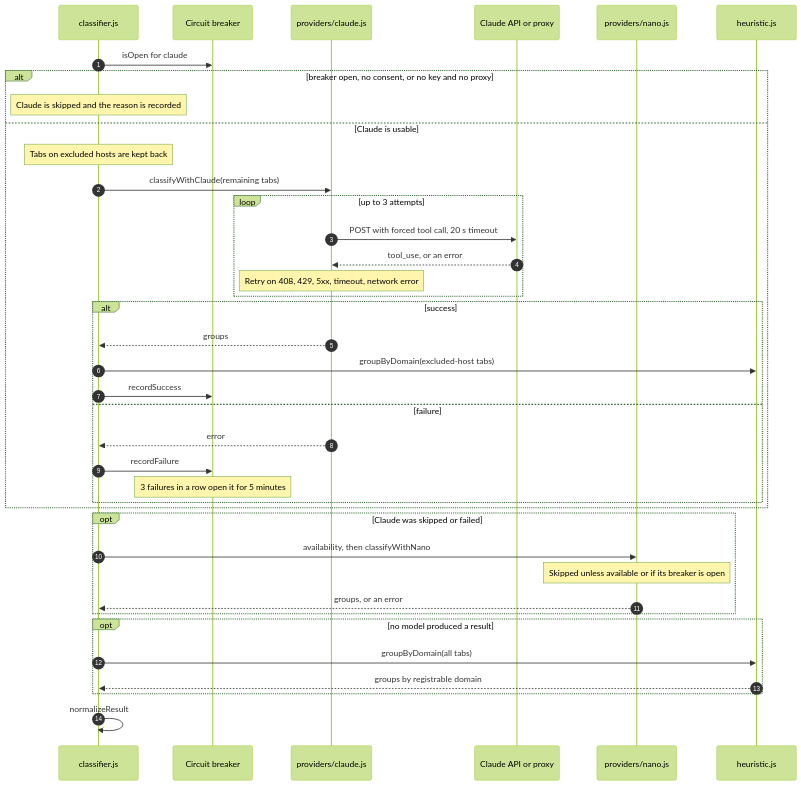
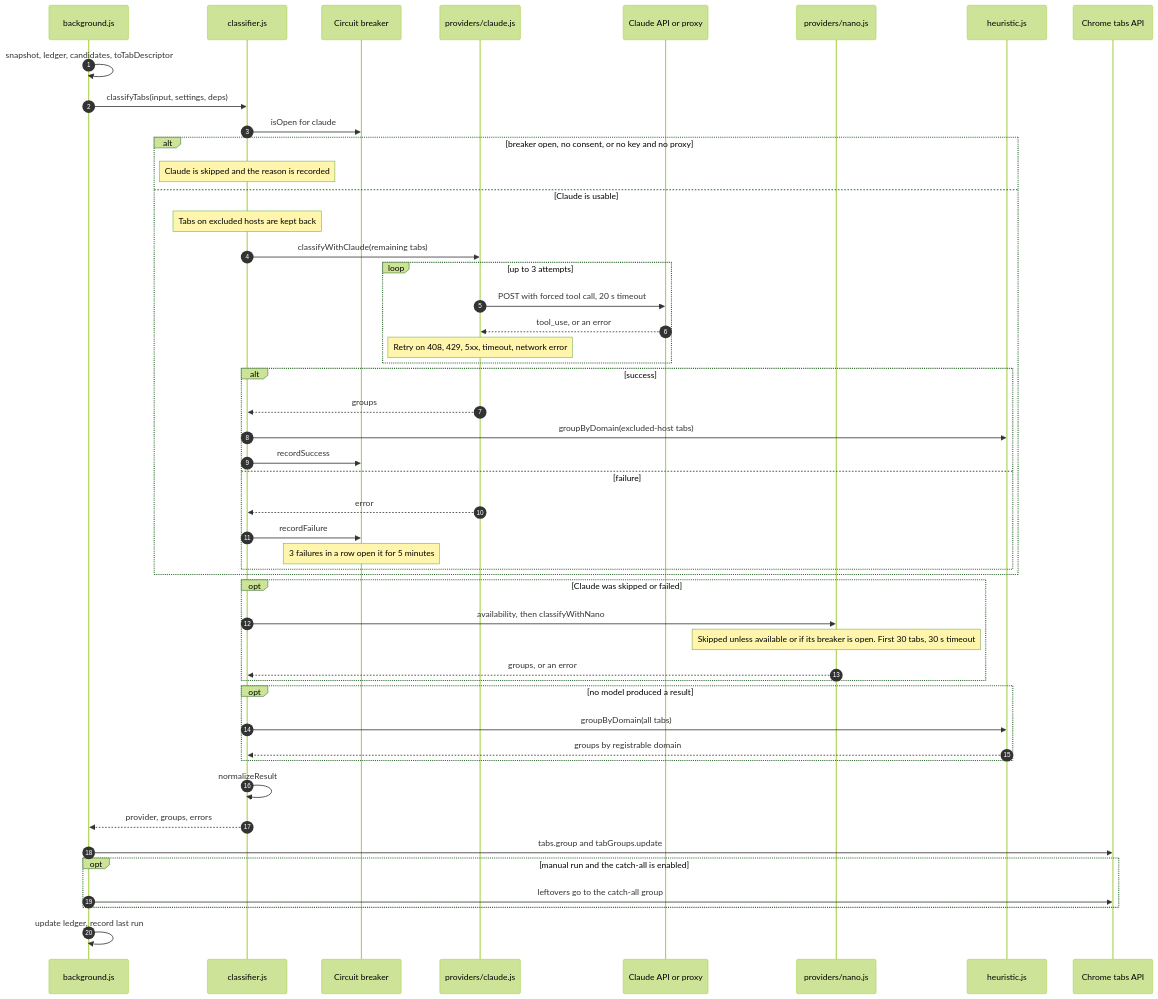
The eighth of 12 diagrams in docs/DIAGRAMS.md (andreshma/ai-tab-grouper), drawn with Mermaid (forest theme) before and after one commit. The commit also changed other lines of this file and 25 other files, not shown here.

````diff
--- a/docs/DIAGRAMS.md
+++ b/docs/DIAGRAMS.md
@@ -116,42 +263,52 @@
 ```mermaid
 sequenceDiagram
     autonumber
+    participant BG as background.js
     participant CL as classifier.js
     participant BR as Circuit breaker
     participant PC as providers/claude.js
     participant API as Claude API or proxy
     participant PN as providers/nano.js
     participant HE as heuristic.js
+    participant CH as Chrome tabs API
 
+    BG->>BG: snapshot, ledger, candidates, toTabDescriptor
+    BG->>CL: classifyTabs(input, settings, deps)
     CL->>BR: isOpen for claude
     alt breaker open, no consent, or no key and no proxy
         Note over CL: Claude is skipped and the reason is recorded
     else Claude is usable
         Note over CL: Tabs on excluded hosts are kept back
         CL->>PC: classifyWithClaude(remaining tabs)
         loop up to 3 attempts
             PC->>API: POST with forced tool call, 20 s timeout
             API-->>PC: tool_use, or an error
             Note over PC: Retry on 408, 429, 5xx, timeout, network error
         end
         alt success
             PC-->>CL: groups
             CL->>HE: groupByDomain(excluded-host tabs)
             CL->>BR: recordSuccess
         else failure
             PC-->>CL: error
             CL->>BR: recordFailure
             Note over BR: 3 failures in a row open it for 5 minutes
         end
     end
     opt Claude was skipped or failed
         CL->>PN: availability, then classifyWithNano
-        Note over PN: Skipped unless available or if its breaker is open
+        Note over PN: Skipped unless available or if its breaker is open. First 30 tabs, 30 s timeout
         PN-->>CL: groups, or an error
     end
     opt no model produced a result
         CL->>HE: groupByDomain(all tabs)
         HE-->>CL: groups by registrable domain
     end
     CL->>CL: normalizeResult
+    CL-->>BG: provider, groups, errors
+    BG->>CH: tabs.group and tabGroups.update
+    opt manual run and the catch-all is enabled
+        BG->>CH: leftovers go to the catch-all group
+    end
+    BG->>BG: update ledger, record last run
 ```
````
